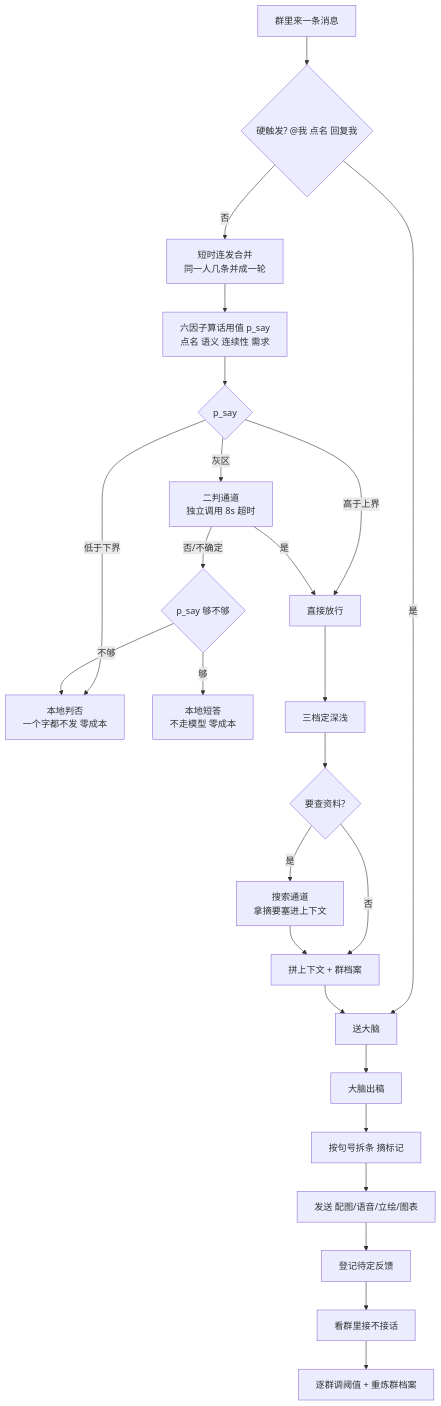
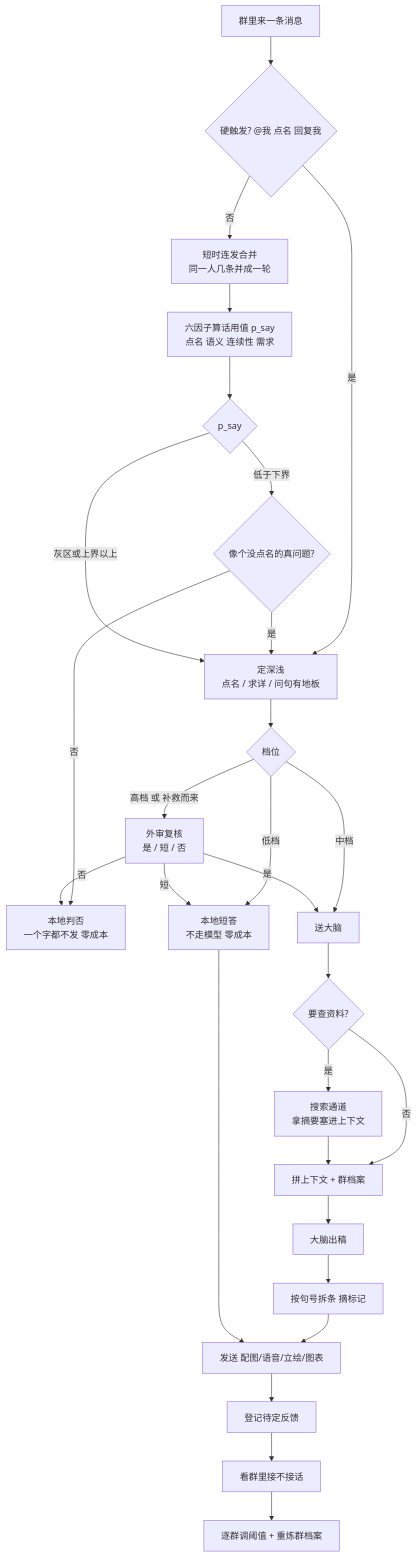
The first of 3 diagrams in README.md (wingbire/dsh-qq-assistant), drawn with Mermaid before and after one commit. The commit also changed other lines of this file and 17 other files, not shown here.

````diff
--- a/README.md
+++ b/README.md
@@ -58,27 +58,30 @@
 ```mermaid
 flowchart TD
     A[群里来一条消息] --> B{硬触发? @我 点名 回复我}
-    B -- 是 --> Z[送大脑]
+    B -- 是 --> TIER[定深浅<br/>点名 / 求详 / 问句有地板]
     B -- 否 --> C[短时连发合并<br/>同一人几条并成一轮]
     C --> D[六因子算话用值 p_say<br/>点名 语义 连续性 需求]
     D --> E{p_say}
-    E -- 低于下界 --> F[本地判否<br/>一个字都不发 零成本]
-    E -- 高于上界 --> G[直接放行]
-    E -- 灰区 --> H[二判通道<br/>独立调用 8s 超时]
-    H -- 是 --> G
-    H -- 否/不确定 --> I{p_say 够不够}
-    I -- 够 --> J[本地短答<br/>不走模型 零成本]
-    I -- 不够 --> F
-    G --> K[三档定深浅]
-    K --> L{要查资料?}
+    E -- 低于下界 --> R{像个没点名的真问题?}
+    R -- 是 --> TIER
+    R -- 否 --> F[本地判否<br/>一个字都不发 零成本]
+    E -- 灰区或上界以上 --> TIER
+    TIER --> K{档位}
+    K -- 低档 --> J[本地短答<br/>不走模型 零成本]
+    K -- 中档 --> Z[送大脑]
+    K -- 高档 或 补救而来 --> H[外审复核<br/>是 / 短 / 否]
+    H -- 否 --> F
+    H -- 短 --> J
+    H -- 是 --> Z
+    Z --> L{要查资料?}
     L -- 是 --> M[搜索通道<br/>拿摘要塞进上下文]
     L -- 否 --> N[拼上下文 + 群档案]
     M --> N
-    N --> Z
-    Z --> O[大脑出稿]
+    N --> O[大脑出稿]
     O --> P[按句号拆条 摘标记]
     P --> Q[发送 配图/语音/立绘/图表]
-    Q --> R[登记待定反馈]
-    R --> S[看群里接不接话]
+    J --> Q
+    Q --> R2[登记待定反馈]
+    R2 --> S[看群里接不接话]
     S --> T[逐群调阈值 + 重炼群档案]
 ```
````
